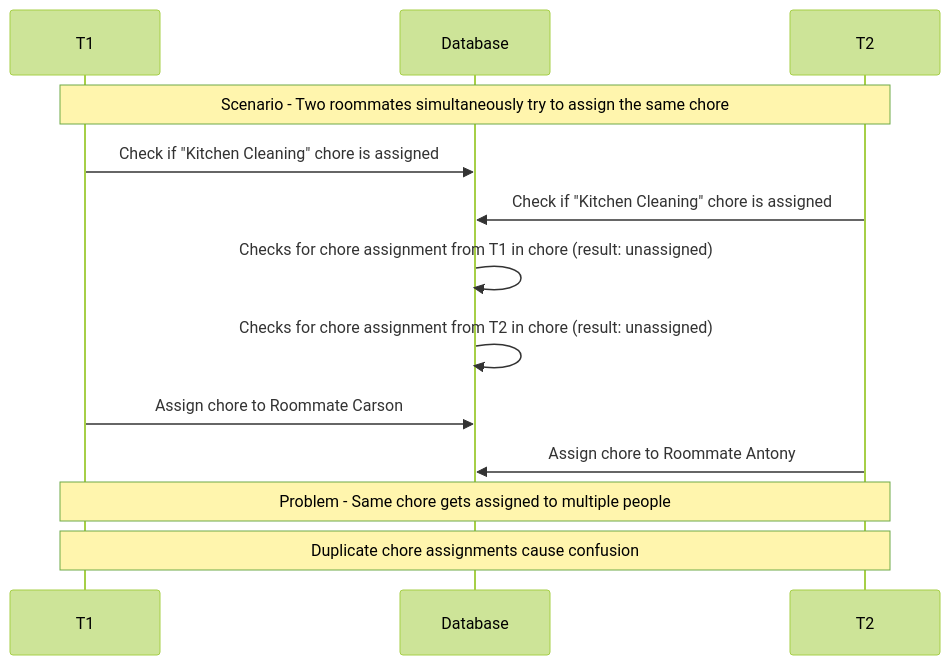
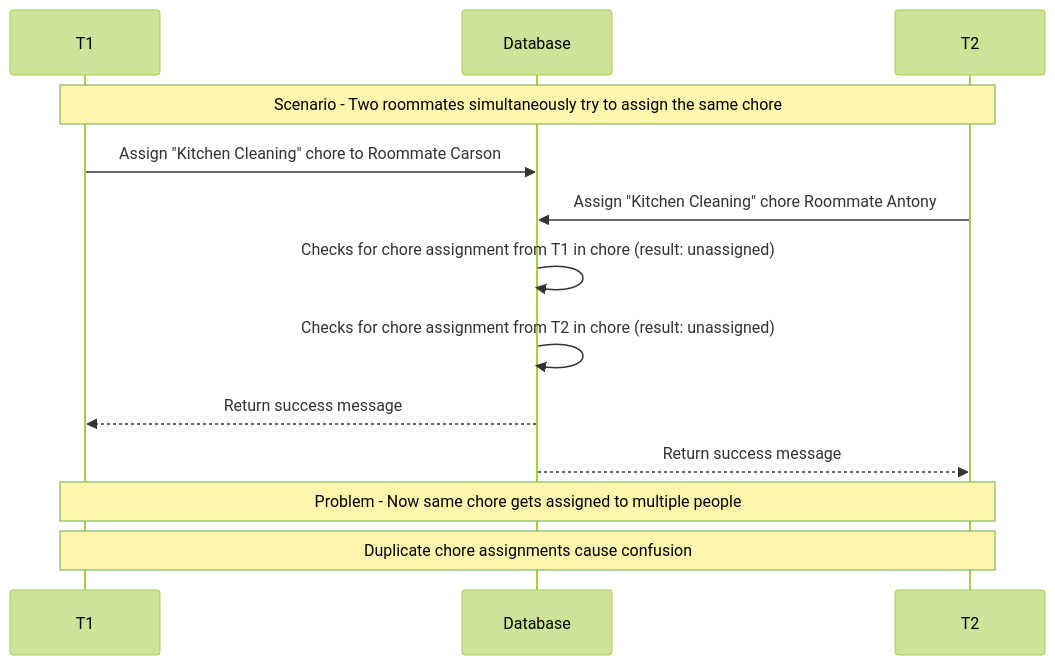
One commit to s6hib/Chore-Tracker-API changed the third of 3 diagrams in docs/concurrency.md. Above: the diagram before and after it, drawn with Mermaid (forest theme).

````diff
--- a/docs/concurrency.md
+++ b/docs/concurrency.md
@@ -83,16 +83,16 @@
 ``` mermaid
 sequenceDiagram
     participant T1
     participant Database
     participant T2
 
     Note over T1, T2: Scenario - Two roommates simultaneously try to assign the same chore
-    T1->>Database: Check if "Kitchen Cleaning" chore is assigned
-    T2->>Database: Check if "Kitchen Cleaning" chore is assigned
+    T1->>Database: Assign "Kitchen Cleaning" chore to Roommate Carson 
+    T2->>Database: Assign "Kitchen Cleaning" chore Roommate Antony
     Database->>Database: Checks for chore assignment from T1 in chore (result: unassigned)
     Database->>Database: Checks for chore assignment from T2 in chore (result: unassigned)
-    T1->>Database: Assign chore to Roommate Carson
-    T2->>Database: Assign chore to Roommate Antony
-    Note over T1, T2: Problem - Same chore gets assigned to multiple people
+    Database-->>T1: Return success message
+    Database-->>T2: Return success message
+    Note over T1, T2: Problem - Now same chore gets assigned to multiple people
     Note over T1, T2: Duplicate chore assignments cause confusion
 ```
````
